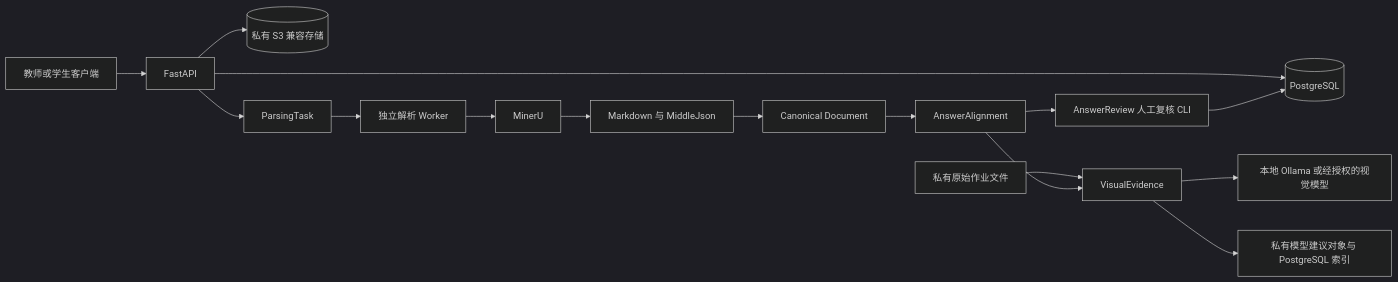
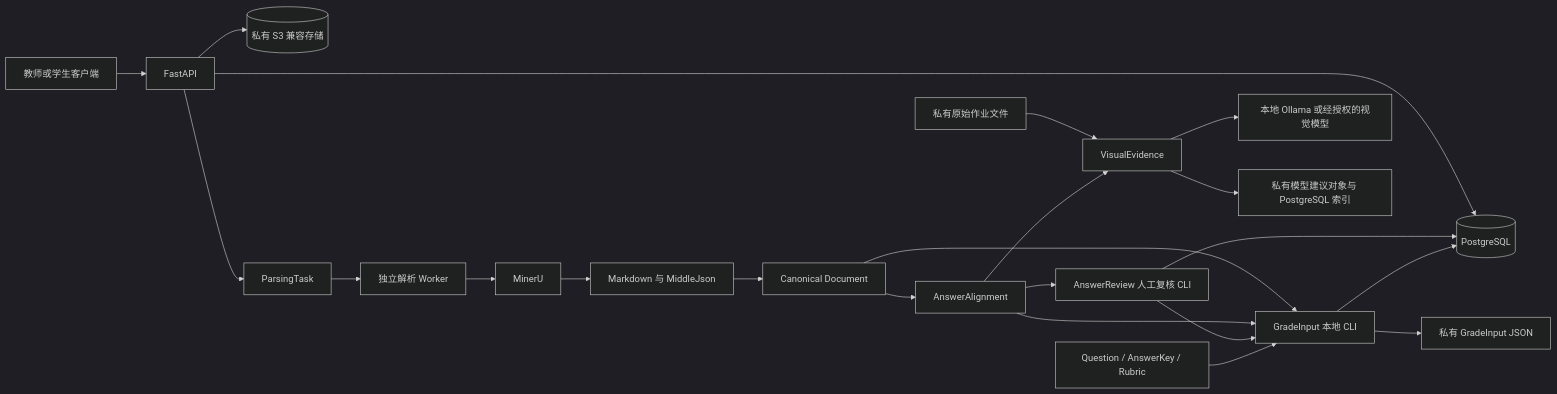
Before and after one commit to hvqo/huipi-cloud: the diagram in README.md, drawn with Mermaid (dark theme). The commit also changed other lines of this file and 17 other files, not shown here.

````diff
--- a/README.md
+++ b/README.md
@@ -19,20 +20,26 @@
 ```mermaid
 flowchart LR
     Client[教师或学生客户端] --> API[FastAPI]
     API --> PG[(PostgreSQL)]
     API --> S3[(私有 S3 兼容存储)]
     API --> Task[ParsingTask]
     Task --> Worker[独立解析 Worker]
     Worker --> MinerU[MinerU]
     MinerU --> Parsed[Markdown 与 MiddleJson]
     Parsed --> Canonical[Canonical Document]
     Canonical --> Alignment[AnswerAlignment]
 
     Alignment --> ReviewCLI[AnswerReview 人工复核 CLI]
     ReviewCLI --> PG
+    Canonical --> GradeCLI[GradeInput 本地 CLI]
+    Alignment --> GradeCLI
+    ReviewCLI --> GradeCLI
+    Assignment[Question / AnswerKey / Rubric] --> GradeCLI
+    GradeCLI --> GradeS3[私有 GradeInput JSON]
+    GradeCLI --> PG
 
     Original[私有原始作业文件] --> Visual[VisualEvidence]
     Alignment --> Visual
     Visual --> Model[本地 Ollama 或经授权的视觉模型]
     Visual --> Proposal[私有模型建议对象与 PostgreSQL 索引]
 ```
````
